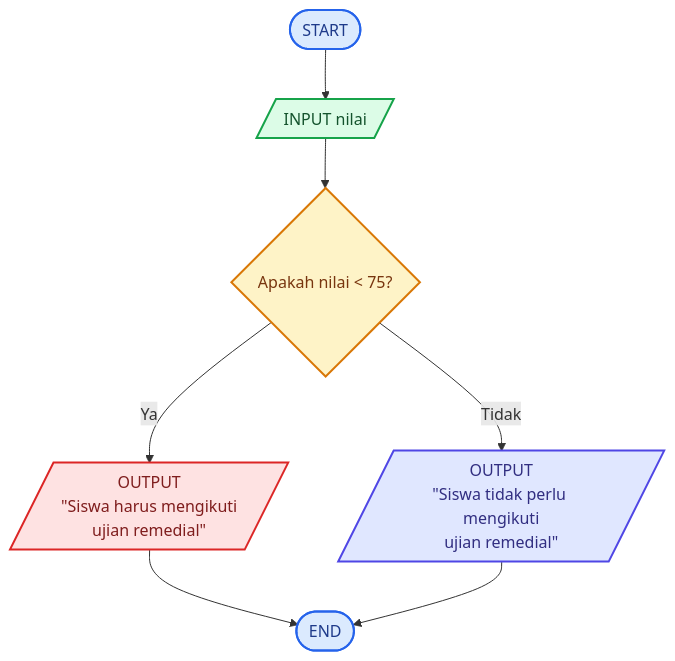
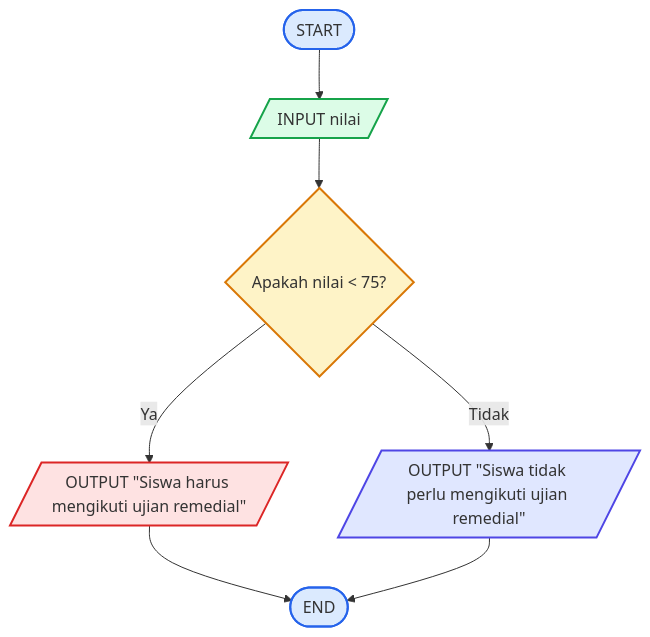
One commit to FikriYustiawann/KELAS-3-E-ALGORITMA-PEMOGRAMAN changed the diagram in README.md. Above: the diagram before and after it, drawn with Mermaid.

````diff
--- a/README.md
+++ b/README.md
@@ -21,18 +21,18 @@
 ```mermaid
 flowchart TD
     A([START]) --> B[/INPUT nilai/]
     B --> C{Apakah nilai < 75?}
 
-    C -->|Ya| D[/OUTPUT<br/>"Siswa harus mengikuti<br/>ujian remedial"/]
-    C -->|Tidak| E[/OUTPUT<br/>"Siswa tidak perlu mengikuti<br/>ujian remedial"/]
+    C -->|Ya| D[/OUTPUT "Siswa harus mengikuti ujian remedial"/]
+    C -->|Tidak| E[/OUTPUT "Siswa tidak perlu mengikuti ujian remedial"/]
 
     D --> F([END])
     E --> F
 
-    style A fill:#dbeafe,stroke:#2563eb,stroke-width:2px,color:#1e3a8a
-    style B fill:#dcfce7,stroke:#16a34a,stroke-width:2px,color:#14532d
-    style C fill:#fef3c7,stroke:#d97706,stroke-width:2px,color:#78350f
-    style D fill:#fee2e2,stroke:#dc2626,stroke-width:2px,color:#7f1d1d
-    style E fill:#e0e7ff,stroke:#4f46e5,stroke-width:2px,color:#312e81
-    style F fill:#dbeafe,stroke:#2563eb,stroke-width:2px,color:#1e3a8a
+    style A fill:#dbeafe,stroke:#2563eb,stroke-width:2px
+    style B fill:#dcfce7,stroke:#16a34a,stroke-width:2px
+    style C fill:#fef3c7,stroke:#d97706,stroke-width:2px
+    style D fill:#fee2e2,stroke:#dc2626,stroke-width:2px
+    style E fill:#e0e7ff,stroke:#4f46e5,stroke-width:2px
+    style F fill:#dbeafe,stroke:#2563eb,stroke-width:2px
 ```
````
